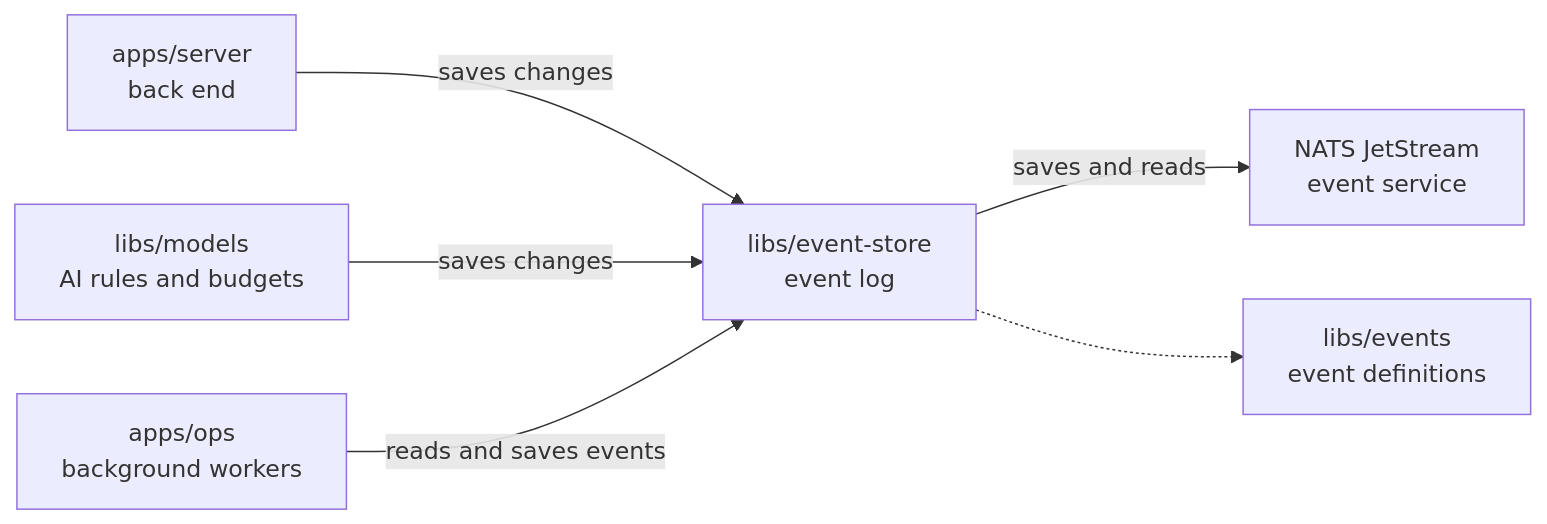
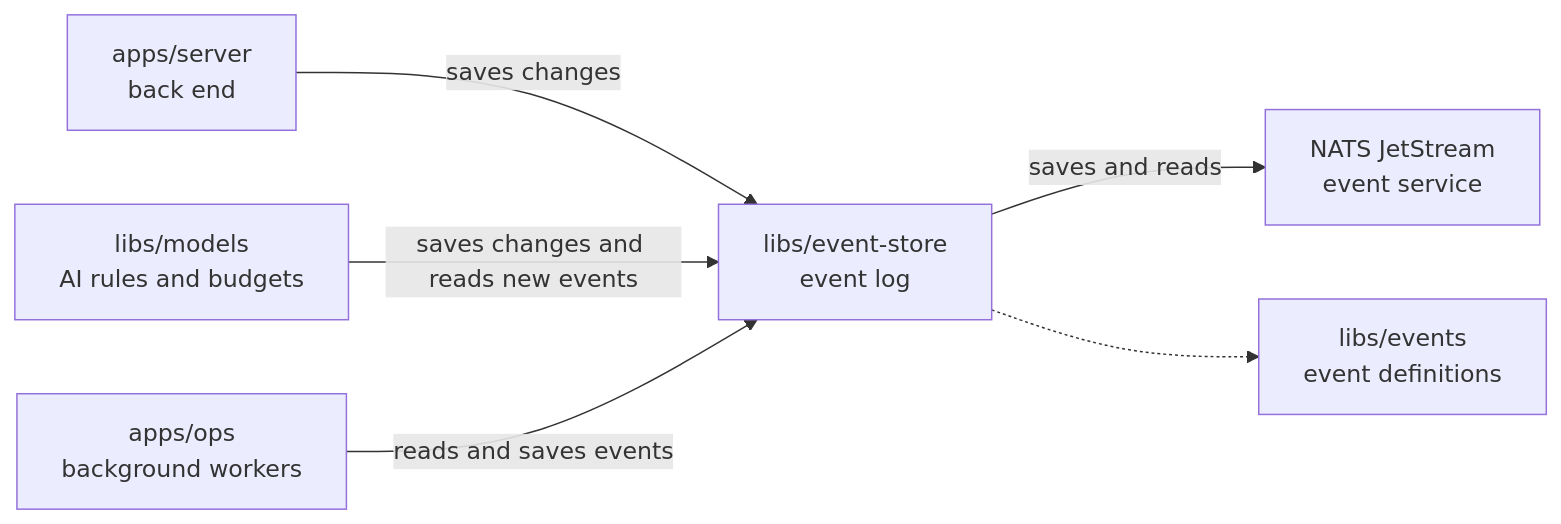
One commit to elewa-git/opencrane-new changed the diagram in libs/event-store/README.md. Above: the diagram before and after it, drawn with Mermaid. The commit also changed other lines of this file and 27 other files, not shown here.

````diff
--- a/libs/event-store/README.md
+++ b/libs/event-store/README.md
@@ -22,8 +22,8 @@
 ```mermaid
 flowchart LR
   server["apps/server<br/>back end"] -->|saves changes| store["libs/event-store<br/>event log"]
-  models["libs/models<br/>AI rules and budgets"] -->|saves changes| store
+  models["libs/models<br/>AI rules and budgets"] -->|saves changes and reads new events| store
   ops["apps/ops<br/>background workers"] -->|reads and saves events| store
   store -->|saves and reads| nats["NATS JetStream<br/>event service"]
   store -.-> events["libs/events<br/>event definitions"]
 ```
````
